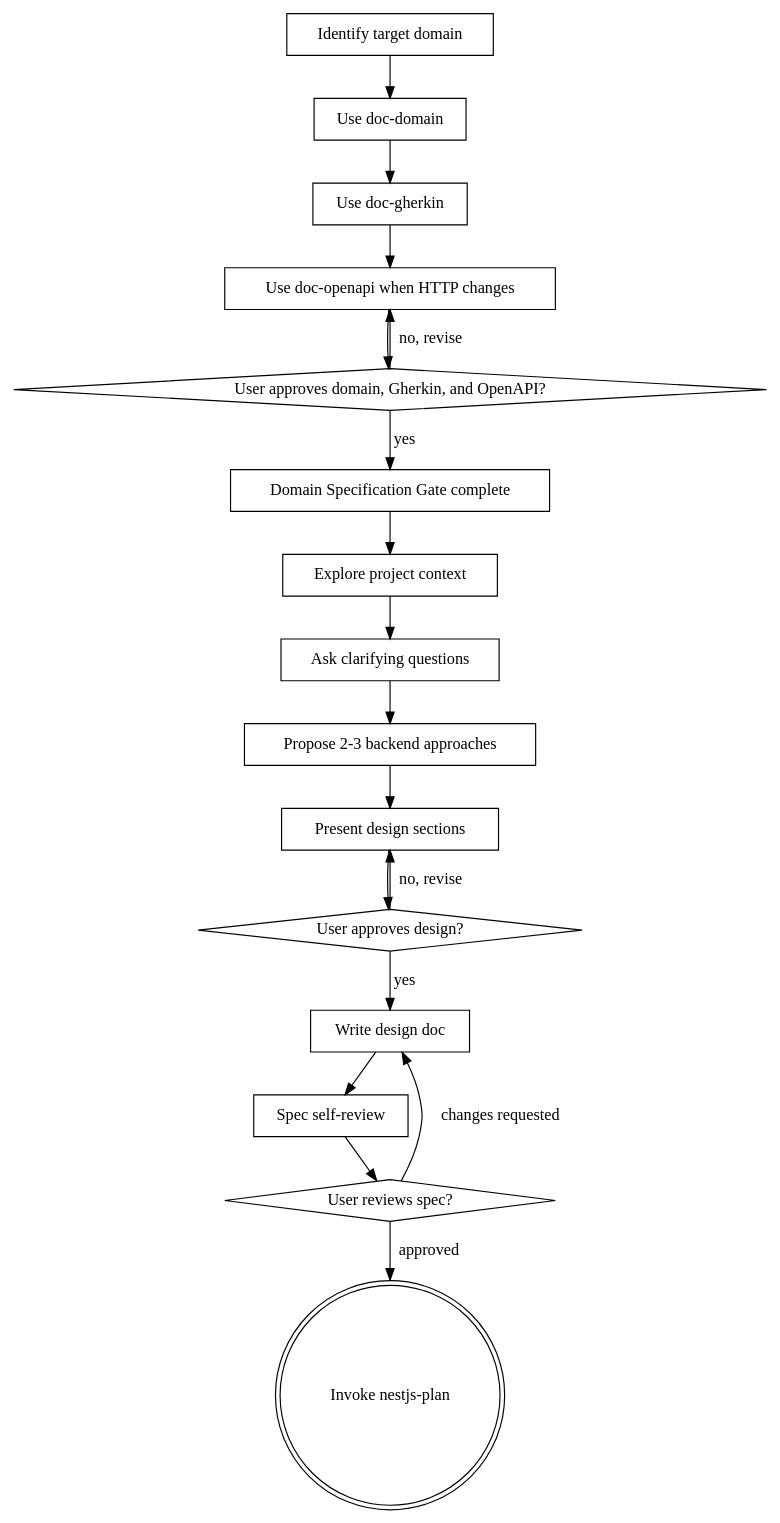
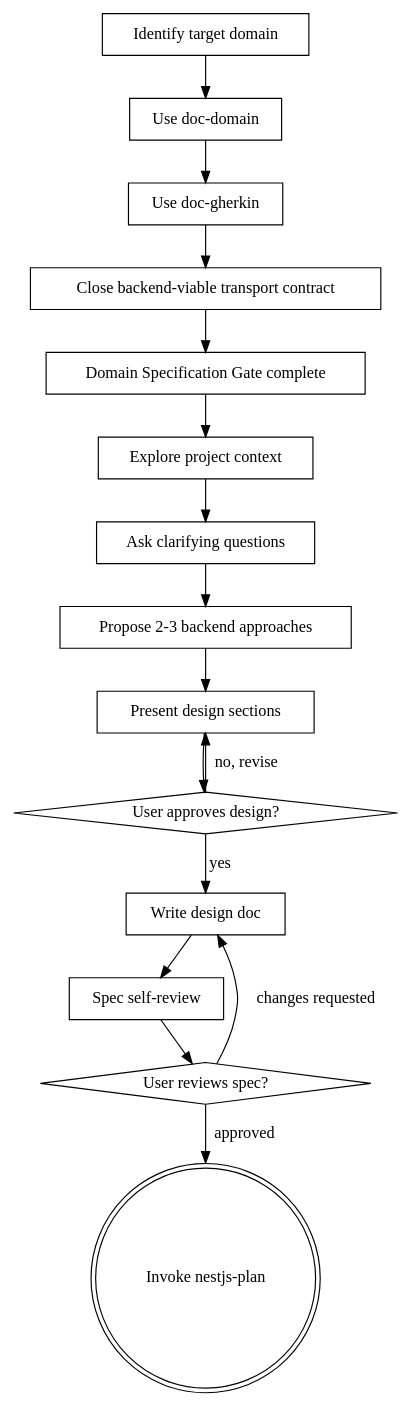
One commit to obra/superpowers changed the diagram in plugins/nimbou-skills/skills/nestjs-think/SKILL.md. Above: the diagram before and after it, drawn with Graphviz. The commit also changed other lines of this file and 6 other files, not shown here.

Commit message:
refine feat-spec to backend-first contract flow

````diff
--- a/plugins/nimbou-skills/skills/nestjs-think/SKILL.md
+++ b/plugins/nimbou-skills/skills/nestjs-think/SKILL.md
@@ -58,38 +58,35 @@
 ```dot
 digraph nestjs_think {
     "Identify target domain" [shape=box];
     "Use doc-domain" [shape=box];
     "Use doc-gherkin" [shape=box];
-    "Use doc-openapi when HTTP changes" [shape=box];
-    "User approves domain, Gherkin, and OpenAPI?" [shape=diamond];
+    "Close backend-viable transport contract" [shape=box];
     "Domain Specification Gate complete" [shape=box];
     "Explore project context" [shape=box];
     "Ask clarifying questions" [shape=box];
     "Propose 2-3 backend approaches" [shape=box];
     "Present design sections" [shape=box];
     "User approves design?" [shape=diamond];
     "Write design doc" [shape=box];
     "Spec self-review" [shape=box];
     "User reviews spec?" [shape=diamond];
     "Invoke nestjs-plan" [shape=doublecircle];
 
     "Explore project context" -> "Ask clarifying questions";
     "Ask clarifying questions" -> "Propose 2-3 backend approaches";
     "Propose 2-3 backend approaches" -> "Present design sections";
     "Present design sections" -> "User approves design?";
     "User approves design?" -> "Present design sections" [label="no, revise"];
     "User approves design?" -> "Write design doc" [label="yes"];
     "Write design doc" -> "Spec self-review";
     "Spec self-review" -> "User reviews spec?";
     "User reviews spec?" -> "Write design doc" [label="changes requested"];
     "User reviews spec?" -> "Invoke nestjs-plan" [label="approved"];
 
     "Identify target domain" -> "Use doc-domain";
     "Use doc-domain" -> "Use doc-gherkin";
-    "Use doc-gherkin" -> "Use doc-openapi when HTTP changes";
-    "Use doc-openapi when HTTP changes" -> "User approves domain, Gherkin, and OpenAPI?";
-    "User approves domain, Gherkin, and OpenAPI?" -> "Use doc-openapi when HTTP changes" [label="no, revise"];
-    "User approves domain, Gherkin, and OpenAPI?" -> "Domain Specification Gate complete" [label="yes"];
+    "Use doc-gherkin" -> "Close backend-viable transport contract";
+    "Close backend-viable transport contract" -> "Domain Specification Gate complete";
     "Domain Specification Gate complete" -> "Explore project context";
 }
 ```
````
